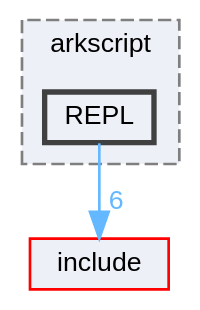
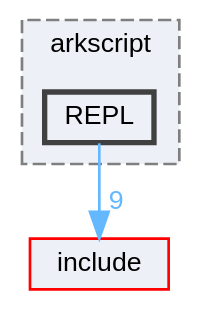
Before and after one commit to ArkScript-lang/website: the diagram in static/impl/dir_b137344471615342cb36678e59bedd43_dep.dot, drawn with Graphviz. The commit also changed 938 other files, not shown here.

```diff
--- a/static/impl/dir_b137344471615342cb36678e59bedd43_dep.dot
+++ b/static/impl/dir_b137344471615342cb36678e59bedd43_dep.dot
@@ -1,15 +1,15 @@
 digraph "/Users/fola/Documents/ArkScript/Ark/src/arkscript/REPL"
 {
  // INTERACTIVE_SVG=YES
  // LATEX_PDF_SIZE
   bgcolor="transparent";
   edge [fontname=Helvetica,fontsize=10,labelfontname=Helvetica,labelfontsize=10];
   node [fontname=Helvetica,fontsize=10,shape=box,height=0.2,width=0.4];
   compound=true
   subgraph clusterdir_2f97cbe3d7d7ee3d0a7f34ae796b7c3c {
     graph [ bgcolor="#edf0f7", pencolor="grey50", label="arkscript", fontname=Helvetica,fontsize=10 style="filled,dashed", URL="dir_2f97cbe3d7d7ee3d0a7f34ae796b7c3c.html",tooltip=""]
   dir_b137344471615342cb36678e59bedd43 [label="REPL", fillcolor="#edf0f7", color="grey25", style="filled,bold", URL="dir_b137344471615342cb36678e59bedd43.html",tooltip=""];
   }
   dir_d44c64559bbebec7f509842c48db8b23 [label="include", fillcolor="#edf0f7", color="red", style="filled", URL="dir_d44c64559bbebec7f509842c48db8b23.html",tooltip=""];
-  dir_b137344471615342cb36678e59bedd43->dir_d44c64559bbebec7f509842c48db8b23 [headlabel="6", labeldistance=1.5 headhref="dir_000027_000014.html" href="dir_000027_000014.html" color="steelblue1" fontcolor="steelblue1"];
+  dir_b137344471615342cb36678e59bedd43->dir_d44c64559bbebec7f509842c48db8b23 [headlabel="9", labeldistance=1.5 headhref="dir_000027_000014.html" href="dir_000027_000014.html" color="steelblue1" fontcolor="steelblue1"];
 }
```
